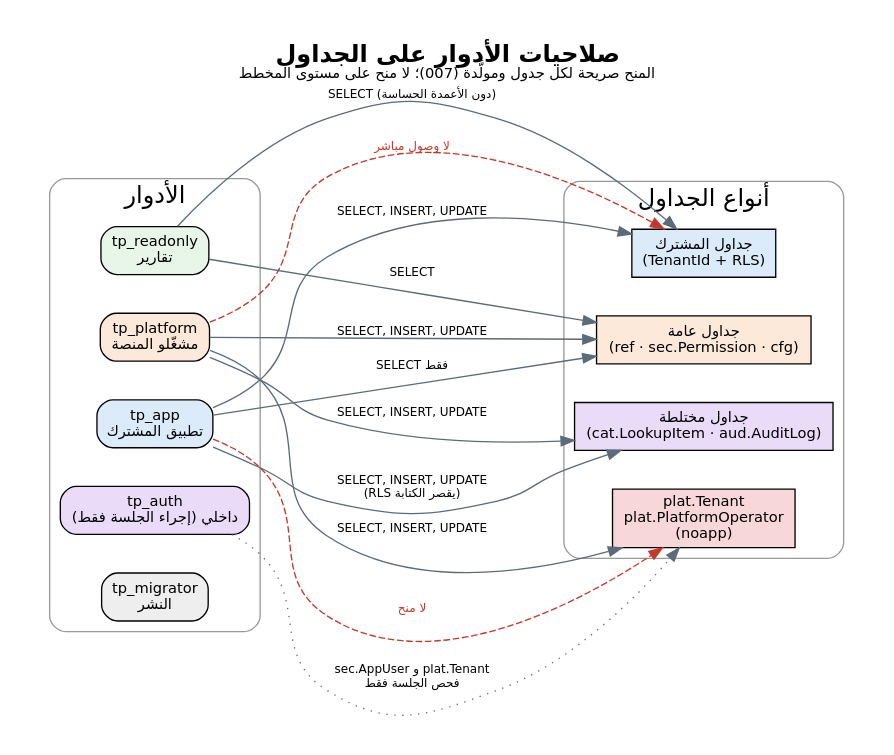
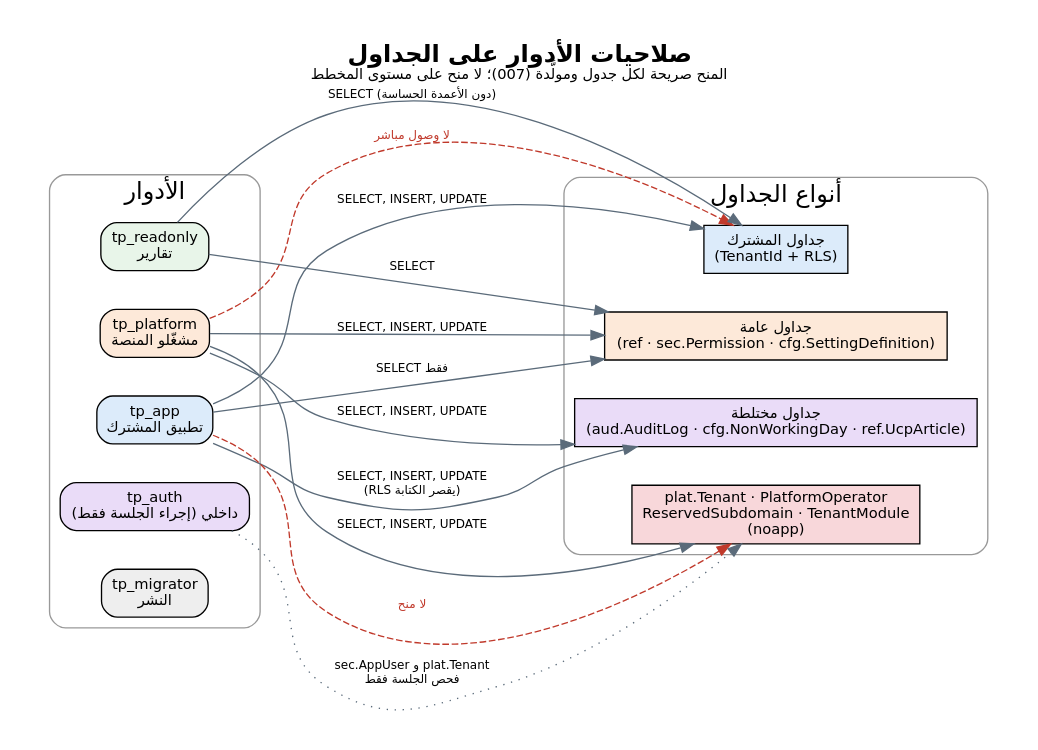
The diagram in treasury-platform/docs/diagrams/src/erd_02_access_roles.dot (thawrasy/smartlines), drawn with Graphviz before and after one commit. The commit also changed 80 other files, not shown here.

```diff
--- a/treasury-platform/docs/diagrams/src/erd_02_access_roles.dot
+++ b/treasury-platform/docs/diagrams/src/erd_02_access_roles.dot
@@ -1,27 +1,27 @@
 digraph G {
   graph [fontname="DejaVu Sans", fontsize=18, label=<<B>صلاحيات الأدوار على الجداول</B><BR/><FONT POINT-SIZE="11">المنح صريحة لكل جدول ومولَّدة (007)؛ لا منح على مستوى المخطط</FONT>>, labelloc=t, rankdir=LR, nodesep=0.4, ranksep=1.6, pad=0.3, bgcolor="white"];
   node [fontname="DejaVu Sans", fontsize=11];
   edge [fontname="DejaVu Sans", fontsize=9, color="#5B6B7A"];
   subgraph cluster_roles { label="الأدوار"; style=rounded; color="#999999"; fontname="DejaVu Sans";
     app [shape=box, style="rounded,filled", fillcolor="#DCEBFA", label="tp_app\nتطبيق المشترك"];
     plat [shape=box, style="rounded,filled", fillcolor="#FDE9D9", label="tp_platform\nمشغّلو المنصة"];
     auth [shape=box, style="rounded,filled", fillcolor="#EADCF8", label="tp_auth\nداخلي (إجراء الجلسة فقط)"];
     ro [shape=box, style="rounded,filled", fillcolor="#E8F5E9", label="tp_readonly\nتقارير"];
     mig [shape=box, style="rounded,filled", fillcolor="#EEEEEE", label="tp_migrator\nالنشر"]; }
   subgraph cluster_res { label="أنواع الجداول"; style=rounded; color="#999999"; fontname="DejaVu Sans";
     tenant [shape=box, style=filled, fillcolor="#DCEBFA", label="جداول المشترك\n(TenantId + RLS)"];
-    glob [shape=box, style=filled, fillcolor="#FDE9D9", label="جداول عامة\n(ref · sec.Permission · cfg)"];
-    mixed [shape=box, style=filled, fillcolor="#EADCF8", label="جداول مختلطة\n(cat.LookupItem · aud.AuditLog)"];
-    noapp [shape=box, style=filled, fillcolor="#F8D7DA", label="plat.Tenant\nplat.PlatformOperator\n(noapp)"]; }
+    glob [shape=box, style=filled, fillcolor="#FDE9D9", label="جداول عامة\n(ref · sec.Permission · cfg.SettingDefinition)"];
+    mixed [shape=box, style=filled, fillcolor="#EADCF8", label="جداول مختلطة\n(aud.AuditLog · cfg.NonWorkingDay · ref.UcpArticle)"];
+    noapp [shape=box, style=filled, fillcolor="#F8D7DA", label="plat.Tenant · PlatformOperator\nReservedSubdomain · TenantModule\n(noapp)"]; }
   app -> tenant [label="SELECT, INSERT, UPDATE"];
   app -> glob [label="SELECT فقط"];
   app -> mixed [label="SELECT, INSERT, UPDATE\n(RLS يقصر الكتابة)"];
   app -> noapp [label="لا منح", style=dashed, color="#C0392B", fontcolor="#C0392B"];
   plat -> tenant [label="لا وصول مباشر", style=dashed, color="#C0392B", fontcolor="#C0392B"];
   plat -> glob [label="SELECT, INSERT, UPDATE"];
   plat -> mixed [label="SELECT, INSERT, UPDATE"];
   plat -> noapp [label="SELECT, INSERT, UPDATE"];
   auth -> noapp [label="sec.AppUser و plat.Tenant\nفحص الجلسة فقط", style=dotted];
   ro -> tenant [label="SELECT (دون الأعمدة الحساسة)"];
   ro -> glob [label="SELECT"];
 }
```
